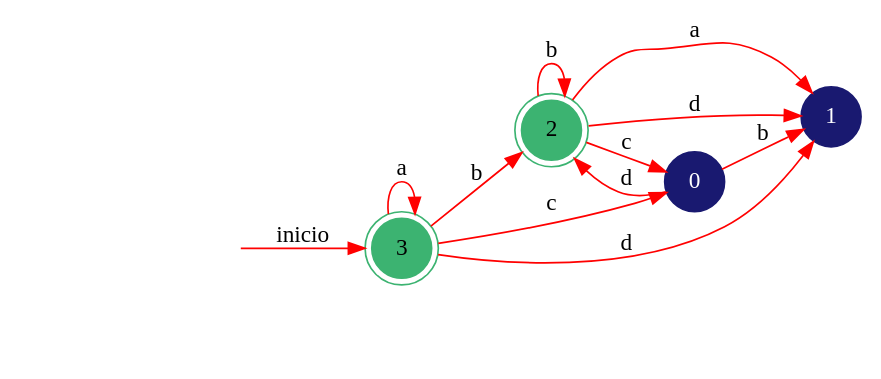
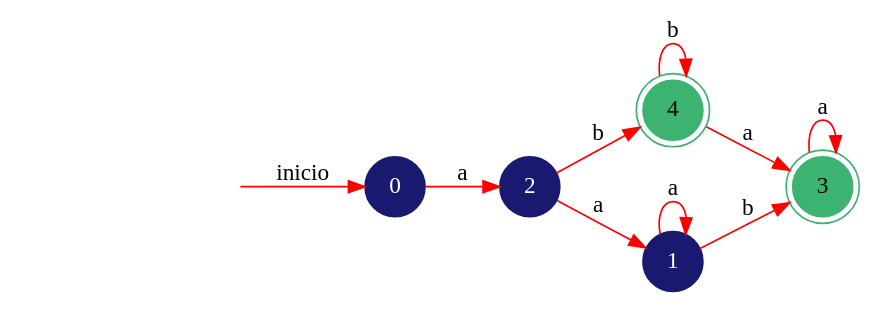
One commit to fcpauldiaz-archive/Automata changed the diagram in GeneracionAutomatas/DOT/AFD Min Directo.dot. Above: the diagram before and after it, drawn with Graphviz. The commit also changed 26 other files, not shown here.

```diff
--- a/GeneracionAutomatas/DOT/AFD Min Directo.dot
+++ b/GeneracionAutomatas/DOT/AFD Min Directo.dot
@@ -1,20 +1,18 @@
 digraph automata_finito {
 	rankdir=LR;
-	size="12,5"
-	node [shape=doublecircle, style = filled,color = mediumseagreen]; 2 3;
+	size="13,5"
+	node [shape=doublecircle, style = filled,color = mediumseagreen]; 3 4;
 	node [shape=circle];
 	node [color=midnightblue,fontcolor=white];
 	edge [color=red];
 	 secret_node [style=invis];
-	secret_node -> 3 [label="inicio"];
-	0 -> 1 [label="b"];
-	0 -> 2 [label="d"];
+	secret_node -> 0 [label="inicio"];
+	0 -> 2 [label="a"];
+	1 -> 1 [label="a"];
+	1 -> 3 [label="b"];
 	2 -> 1 [label="a"];
-	2 -> 2 [label="b"];
-	2 -> 0 [label="c"];
-	2 -> 1 [label="d"];
+	2 -> 4 [label="b"];
 	3 -> 3 [label="a"];
-	3 -> 2 [label="b"];
-	3 -> 0 [label="c"];
-	3 -> 1 [label="d"];
+	4 -> 3 [label="a"];
+	4 -> 4 [label="b"];
 }
```
